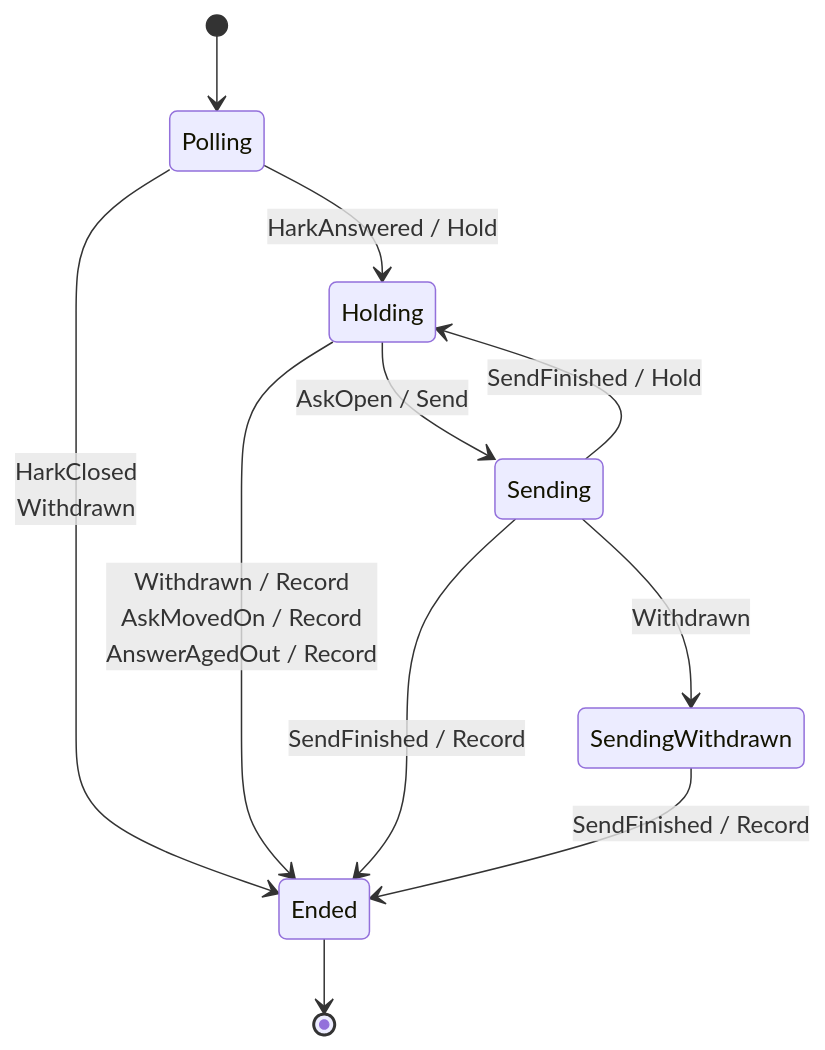
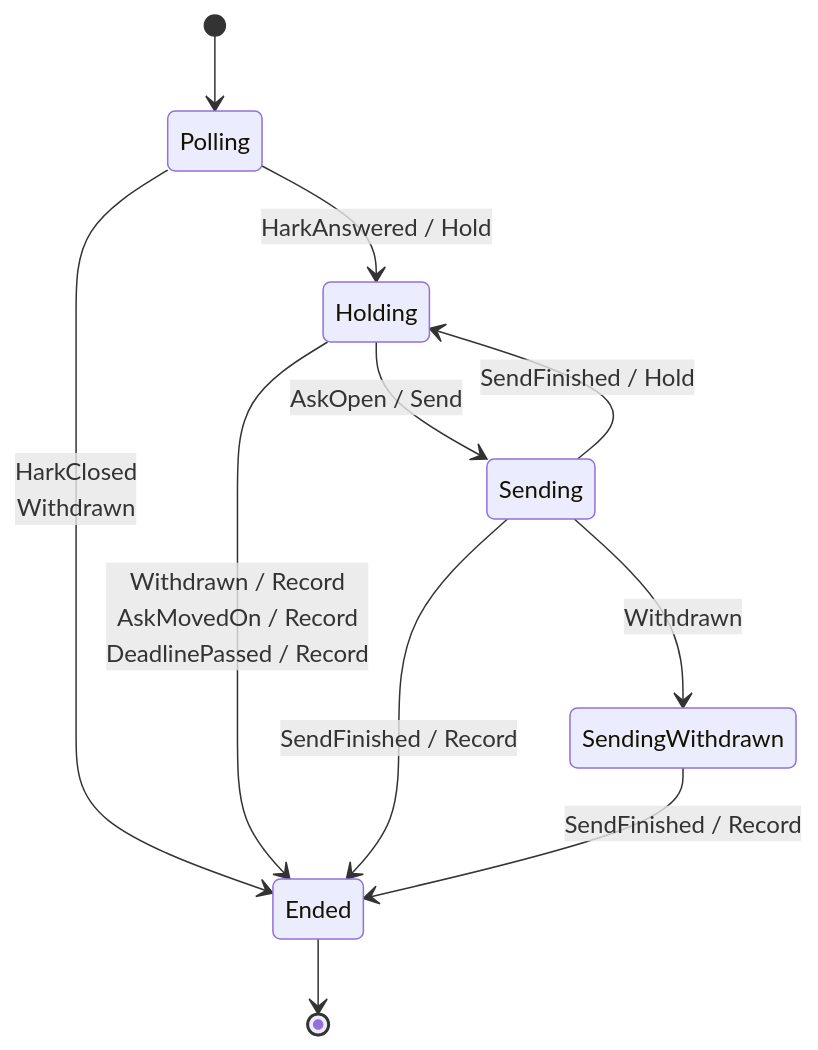
One commit to jliocsar/crook changed the diagram in packages/hub/charts/approval-answer.mmd. Above: the diagram before and after it, drawn with Mermaid. The commit also changed 14 other files, not shown here.

```diff
--- a/packages/hub/charts/approval-answer.mmd
+++ b/packages/hub/charts/approval-answer.mmd
@@ -1,11 +1,11 @@
 stateDiagram-v2
   [*] --> Polling
   Polling --> Holding: HarkAnswered / Hold
   Polling --> Ended: HarkClosed<br/>Withdrawn
   Holding --> Sending: AskOpen / Send
-  Holding --> Ended: Withdrawn / Record<br/>AskMovedOn / Record<br/>AnswerAgedOut / Record
+  Holding --> Ended: Withdrawn / Record<br/>AskMovedOn / Record<br/>DeadlinePassed / Record
   Sending --> Holding: SendFinished / Hold
   Sending --> SendingWithdrawn: Withdrawn
   Sending --> Ended: SendFinished / Record
   SendingWithdrawn --> Ended: SendFinished / Record
   Ended --> [*]
```
